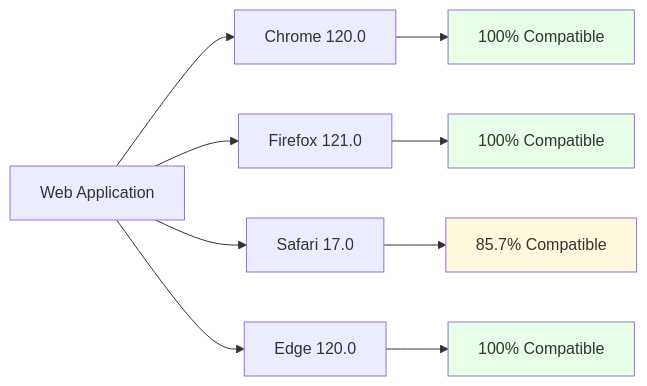
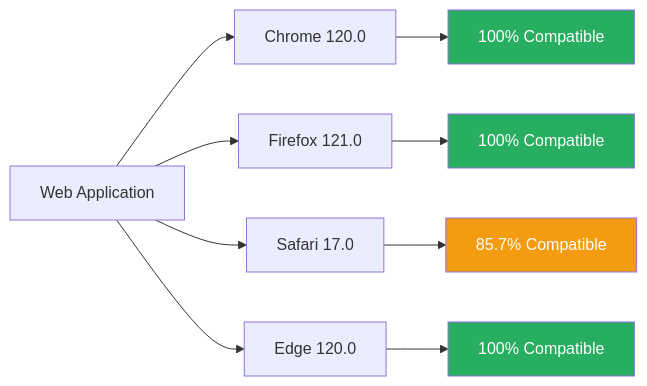
The fifth of 7 diagrams in docs/qa-lifecycle-diagram.md (Tasmimdristy7/qa-lifecycle-suite), drawn with Mermaid before and after one commit. The commit also changed other lines of this file and 3 other files, not shown here.

````diff
--- a/docs/qa-lifecycle-diagram.md
+++ b/docs/qa-lifecycle-diagram.md
@@ -102,17 +102,17 @@
 ```mermaid
 graph LR
     A[Web Application] --> B[Chrome 120.0]
     A --> C[Firefox 121.0]
     A --> D[Safari 17.0]
     A --> E[Edge 120.0]
     
     B --> B1[100% Compatible]
     C --> C1[100% Compatible]
     D --> D1[85.7% Compatible]
     E --> E1[100% Compatible]
     
-    style B1 fill:#e6ffe6
-    style C1 fill:#e6ffe6
-    style D1 fill:#fff8dc
-    style E1 fill:#e6ffe6
+    style B1 fill:#27ae60,color:#ffffff
+    style C1 fill:#27ae60,color:#ffffff
+    style D1 fill:#f39c12,color:#ffffff
+    style E1 fill:#27ae60,color:#ffffff
 ```
````
